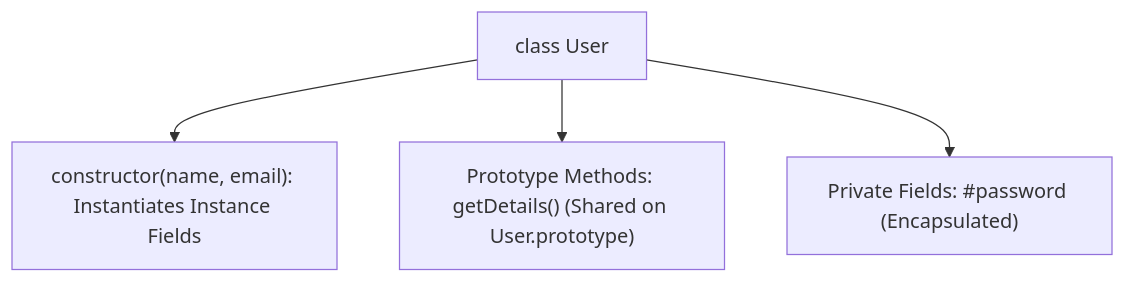
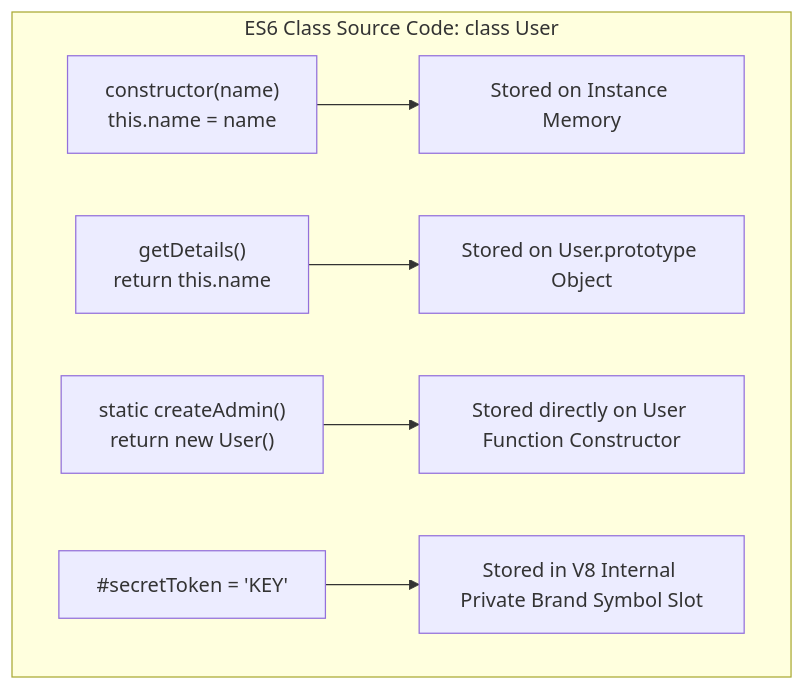
Before and after one commit to Amie-dev/engineering-playbook: the first of 2 diagrams in js-notes/26-classes.md, drawn with Mermaid. The commit also changed other lines of this file and 42 other files, not shown here.

````diff
--- a/js-notes/26-classes.md
+++ b/js-notes/26-classes.md
@@ -10,6 +15,9 @@
 ```mermaid
-graph TD
-    ClassDecl[class User] --> Constructor["constructor(name, email): Instantiates Instance Fields"]
-    ClassDecl --> Methods["Prototype Methods: getDetails() (Shared on User.prototype)"]
-    ClassDecl --> PrivateFields["Private Fields: #password (Encapsulated)"]
+flowchart TD
+    subgraph ES6 Class Source Code: class User
+        ConstructorDef["constructor(name)<br/>this.name = name"] --> InstanceProp["Stored on Instance Memory"]
+        ProtoMethodDef["getDetails()<br/>return this.name"] --> ProtoProp["Stored on User.prototype Object"]
+        StaticMethodDef["static createAdmin()<br/>return new User()"] --> StaticProp["Stored directly on User Function Constructor"]
+        PrivateFieldDef["#secretToken = 'KEY'"] --> PrivateProp["Stored in V8 Internal Private Brand Symbol Slot"]
+    end
 ```
````
